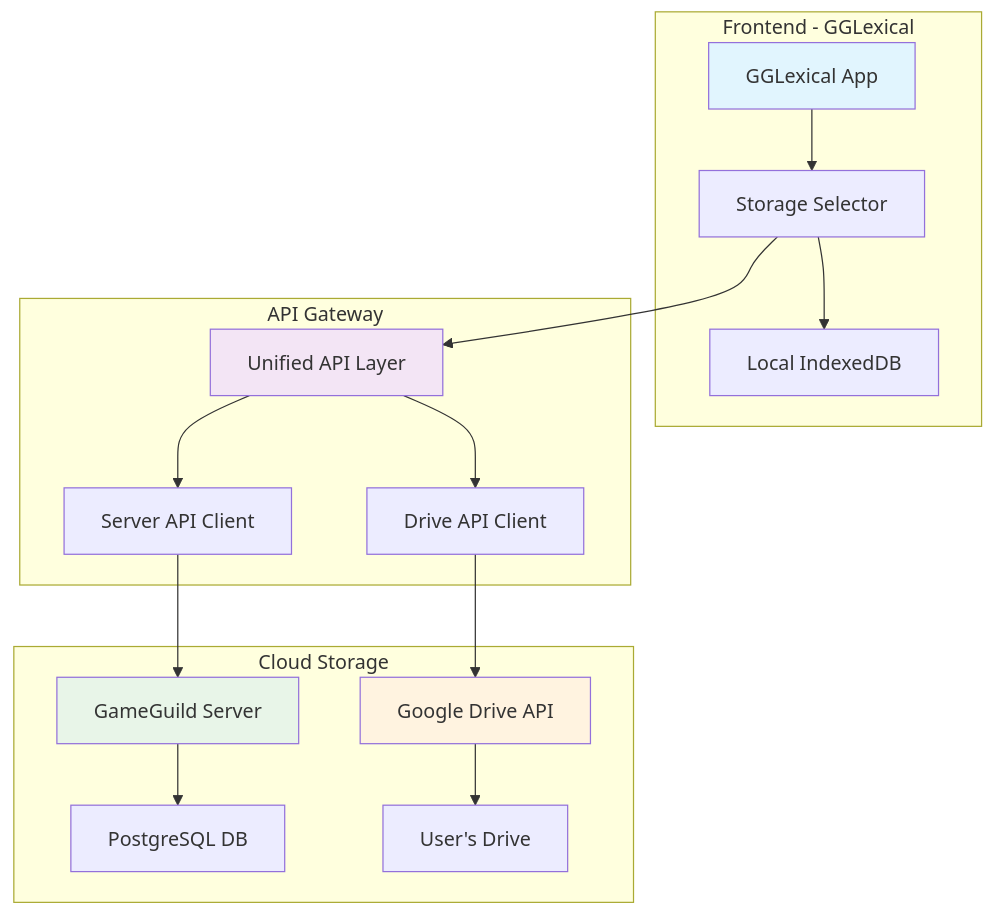
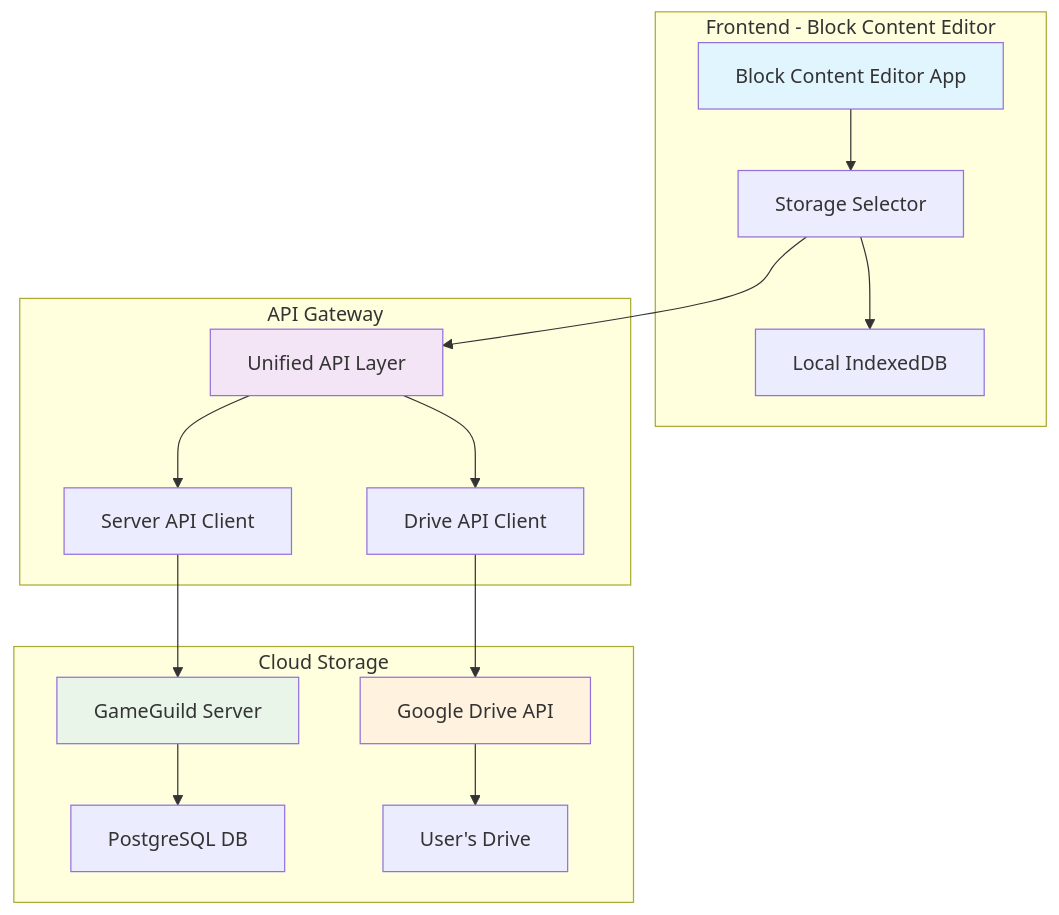
One commit to gameguild-gg/gameguild changed the diagram in apps/web/docs/DUAL_CLOUD_STORAGE_ARCHITECTURE.md. Above: the diagram before and after it, drawn with Mermaid. The commit also changed other lines of this file and 42 other files, not shown here.

Commit message:
feat: gglexical to block-content-editor

````diff
--- a/apps/web/docs/DUAL_CLOUD_STORAGE_ARCHITECTURE.md
+++ b/apps/web/docs/DUAL_CLOUD_STORAGE_ARCHITECTURE.md
@@ -10,36 +10,36 @@
 ```mermaid
 graph TB
-    subgraph "Frontend - GGLexical"
-        A[GGLexical App]
+    subgraph "Frontend - Block Content Editor"
+        A[Block Content Editor App]
         B[Storage Selector]
         C[Local IndexedDB]
     end
     
     subgraph "API Gateway"
         D[Unified API Layer]
         E[Server API Client]
         F[Drive API Client]
     end
     
     subgraph "Cloud Storage"
         G[GameGuild Server]
         H[PostgreSQL DB]
         I[Google Drive API]
         J[User's Drive]
     end
     
     A --> B
     B --> C
     B --> D
     D --> E
     D --> F
     E --> G
     G --> H
     F --> I
     I --> J
     
     style A fill:#e1f5fe
     style D fill:#f3e5f5
     style G fill:#e8f5e8
     style I fill:#fff3e0
 ```
````
